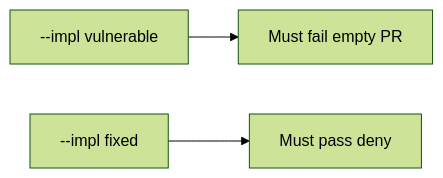
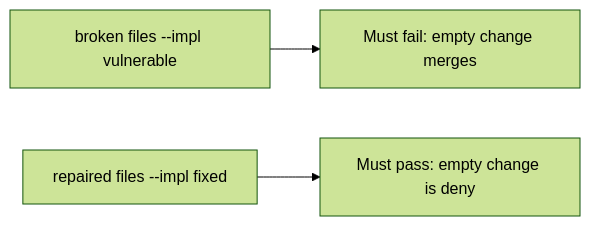
Before and after one commit to ishitvagoel/LearnSecurity: the diagram in content/modules/10/10.1/lessons/05-verify.md, drawn with Mermaid (forest theme). The commit also changed other lines of this file and 39 other files, not shown here.

````diff
--- a/content/modules/10/10.1/lessons/05-verify.md
+++ b/content/modules/10/10.1/lessons/05-verify.md
@@ -15,5 +14,5 @@
 ```mermaid
 flowchart LR
-  V["--impl vulnerable"] --> F["Must fail empty PR"]
-  X["--impl fixed"] --> P["Must pass deny"]
+  V["broken files --impl vulnerable"] --> F[Must fail: empty change merges]
+  X["repaired files --impl fixed"] --> P[Must pass: empty change is deny]
 ```
````
